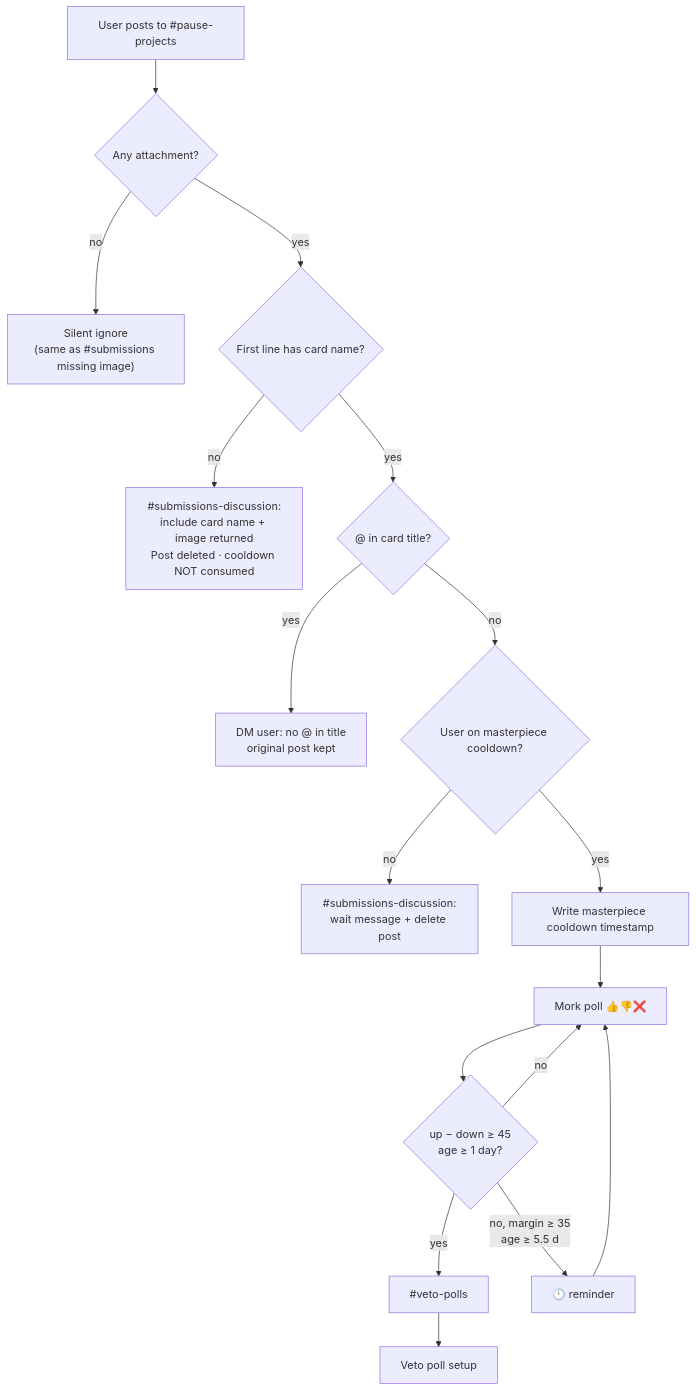
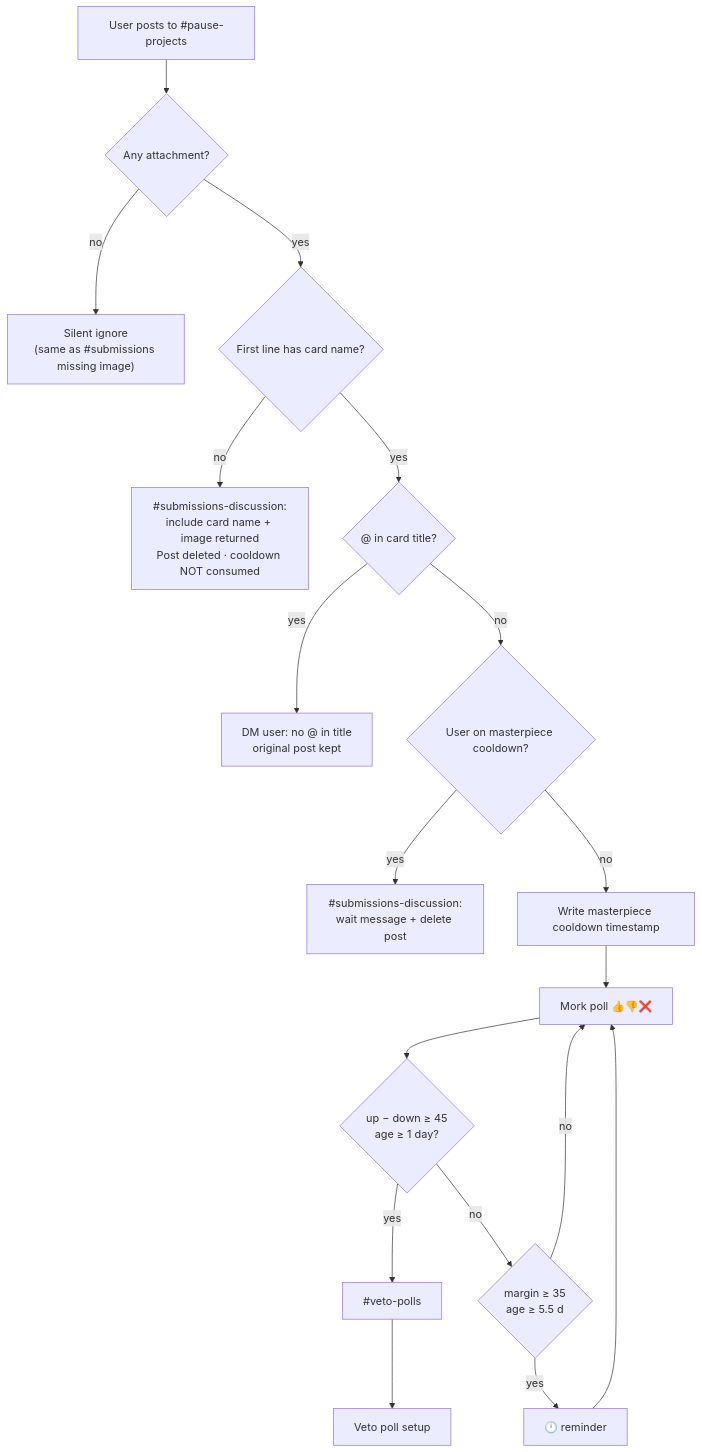
One commit to bones-bones/mork changed the third of 6 diagrams in docs/card-flows/submissions.md. Above: the diagram before and after it, drawn with Mermaid. The commit also changed other lines of this file and 5 other files, not shown here.

First line of the commit message:
Fix inverted branches and stale thresholds in card-flow Mermaid docs. (#183)

````diff
--- a/docs/card-flows/submissions.md
+++ b/docs/card-flows/submissions.md
@@ -109,19 +110,20 @@
 ```mermaid
 flowchart TD
   U["User posts to #pause-projects"] --> ATT{"Any attachment?"}
   ATT -->|no| MISS["Silent ignore<br/>(same as #submissions missing image)"]
   ATT -->|yes| NAME{"First line has card name?"}
   NAME -->|no| NONAME["#submissions-discussion:<br/>include card name + image returned<br/>Post deleted · cooldown NOT consumed"]
   NAME -->|yes| PING{"@ in card title?"}
   PING -->|yes| DM["DM user: no @ in title<br/>original post kept"]
   PING -->|no| CD{"User on masterpiece cooldown?"}
-  CD -->|no| WAIT["#submissions-discussion:<br/>wait message + delete post"]
-  CD -->|yes| COOL["Write masterpiece cooldown timestamp"]
+  CD -->|yes| WAIT["#submissions-discussion:<br/>wait message + delete post"]
+  CD -->|no| COOL["Write masterpiece cooldown timestamp"]
   COOL --> POLL["Mork poll 👍👎❌"]
   POLL --> CHK{"up − down ≥ 45<br/>age ≥ 1 day?"}
   CHK -->|yes| VP["#veto-polls"]
   VP --> HVP["Veto poll setup"]
-  CHK -->|no, margin ≥ 35<br/>age ≥ 5.5 d| REM["🕛 reminder"]
+  CHK -->|no| REMINDER_CHECK{"margin ≥ 35<br/>age ≥ 5.5 d"}
+  REMINDER_CHECK -->|yes| REM["🕛 reminder"]
   REM --> POLL
-  CHK -->|no| POLL
+  REMINDER_CHECK -->|no| POLL
 ```
````
